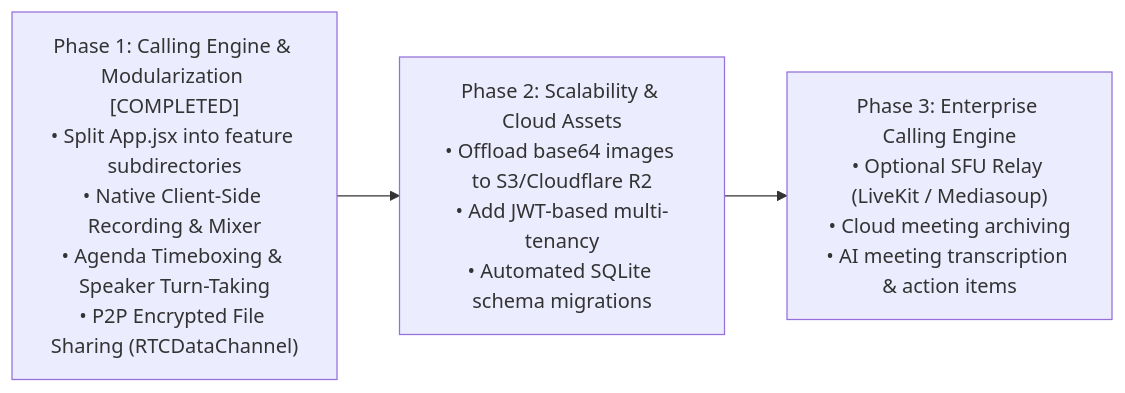
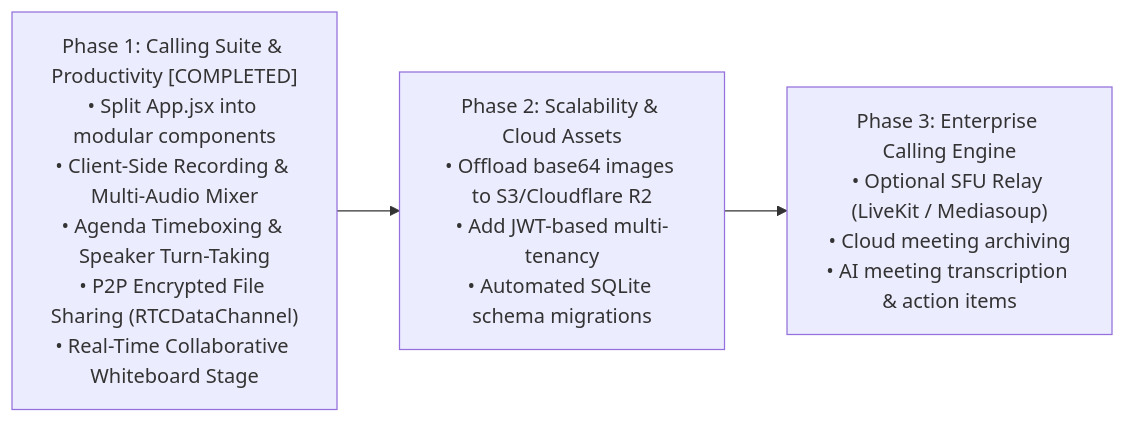
Before and after one commit to itssagarK/meetManager: diagram 15 of 15 in PROJECT_DOCUMENTATION.md, drawn with Mermaid. The commit also changed other lines of this file and 8 other files, not shown here.

Commit message:
In-Call Collaborative Whiteboard &  Stage Annotator

````diff
--- a/PROJECT_DOCUMENTATION.md
+++ b/PROJECT_DOCUMENTATION.md
@@ -1222,5 +1291,5 @@
 ```mermaid
 flowchart LR
-    Phase1["Phase 1: Calling Engine & Modularization [COMPLETED]\n• Split App.jsx into feature subdirectories\n• Native Client-Side Recording & Mixer\n• Agenda Timeboxing & Speaker Turn-Taking\n• P2P Encrypted File Sharing (RTCDataChannel)"] --> Phase2["Phase 2: Scalability & Cloud Assets\n• Offload base64 images to S3/Cloudflare R2\n• Add JWT-based multi-tenancy\n• Automated SQLite schema migrations"]
+    Phase1["Phase 1: Calling Suite & Productivity [COMPLETED]\n• Split App.jsx into modular components\n• Client-Side Recording & Multi-Audio Mixer\n• Agenda Timeboxing & Speaker Turn-Taking\n• P2P Encrypted File Sharing (RTCDataChannel)\n• Real-Time Collaborative Whiteboard Stage"] --> Phase2["Phase 2: Scalability & Cloud Assets\n• Offload base64 images to S3/Cloudflare R2\n• Add JWT-based multi-tenancy\n• Automated SQLite schema migrations"]
     Phase2 --> Phase3["Phase 3: Enterprise Calling Engine\n• Optional SFU Relay (LiveKit / Mediasoup)\n• Cloud meeting archiving\n• AI meeting transcription & action items"]
 ```
````
